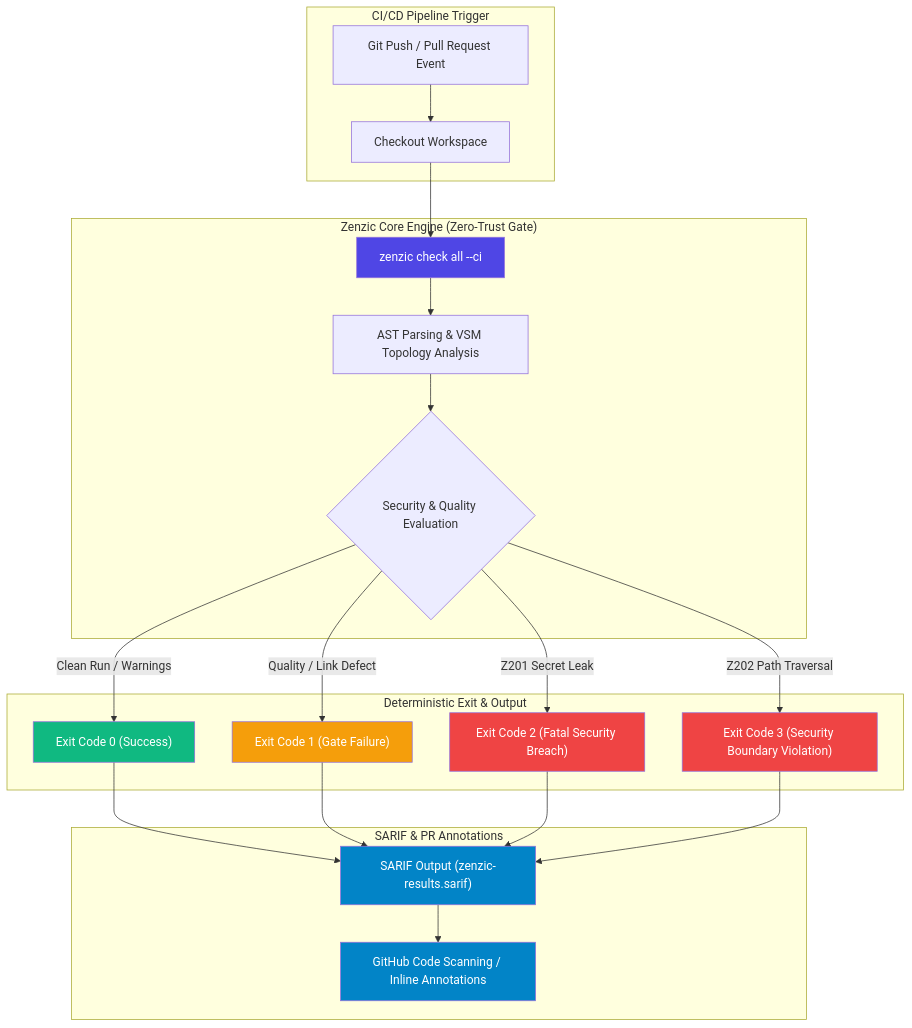
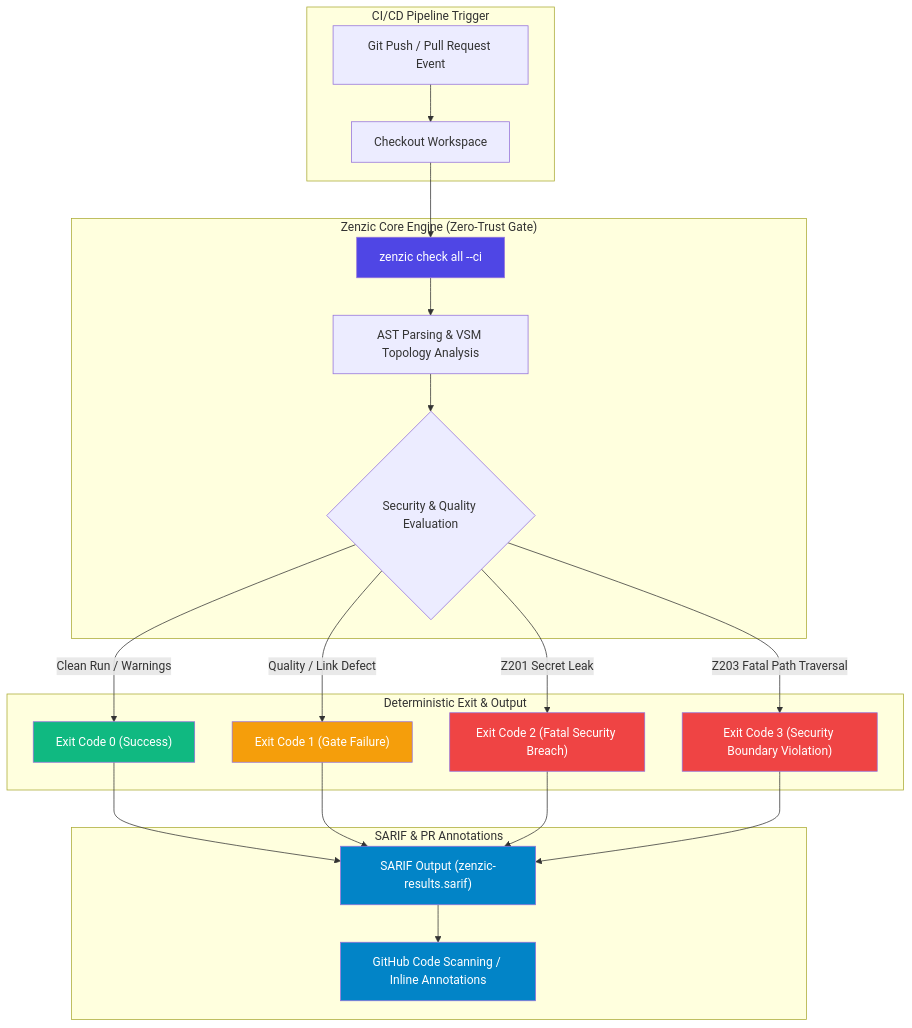
The diagram in docs/how-to/configure-ci-cd.md (PythonWoods-Dev/zenzic), drawn with Mermaid before and after one commit. The commit also changed other lines of this file and 9 other files, not shown here.

````diff
--- a/docs/how-to/configure-ci-cd.md
+++ b/docs/how-to/configure-ci-cd.md
@@ -20,32 +20,32 @@
 ```mermaid
 flowchart TD
     subgraph Pipeline ["CI/CD Pipeline Trigger"]
         A["Git Push / Pull Request Event"] --> B["Checkout Workspace"]
     end
 
     subgraph Core ["Zenzic Core Engine (Zero-Trust Gate)"]
         B --> C["zenzic check all --ci"]
         C --> D["AST Parsing & VSM Topology Analysis"]
         D --> E{"Security & Quality Evaluation"}
     end
 
     subgraph Enforcement ["Deterministic Exit & Output"]
         E -->|Clean Run / Warnings| F["Exit Code 0 (Success)"]
         E -->|Quality / Link Defect| G["Exit Code 1 (Gate Failure)"]
         E -->|Z201 Secret Leak| H["Exit Code 2 (Fatal Security Breach)"]
-        E -->|Z202 Path Traversal| I["Exit Code 3 (Security Boundary Violation)"]
+        E -->|Z203 Fatal Path Traversal| I["Exit Code 3 (Security Boundary Violation)"]
     end
 
     subgraph Transport ["SARIF & PR Annotations"]
         F & G & H & I --> J["SARIF Output (zenzic-results.sarif)"]
         J --> K["GitHub Code Scanning / Inline Annotations"]
     end
 
     style F fill:#10b981,color:#fff
     style G fill:#f59e0b,color:#fff
     style H fill:#ef4444,color:#fff
     style I fill:#ef4444,color:#fff
     style C fill:#4f46e5,color:#fff
     style J fill:#0284c7,color:#fff
     style K fill:#0284c7,color:#fff
 ```
````
